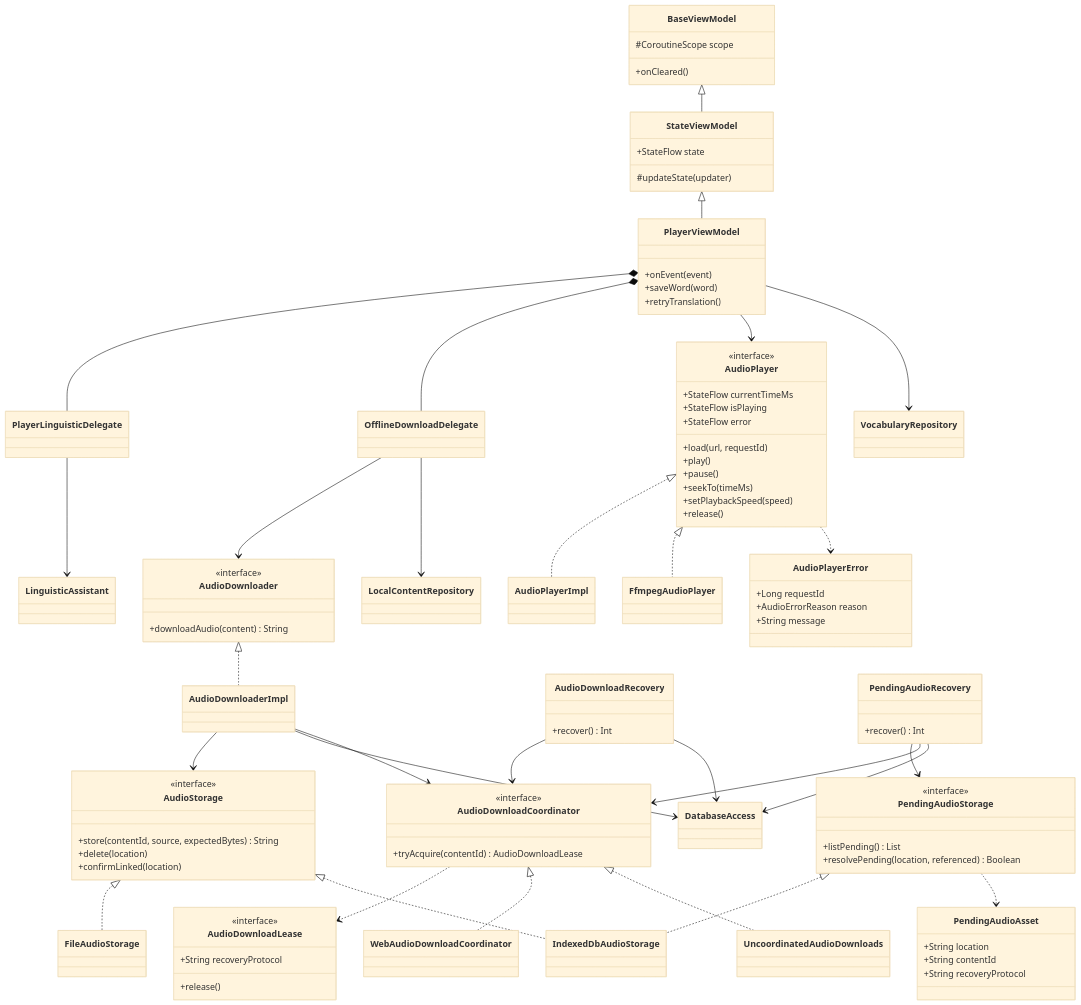
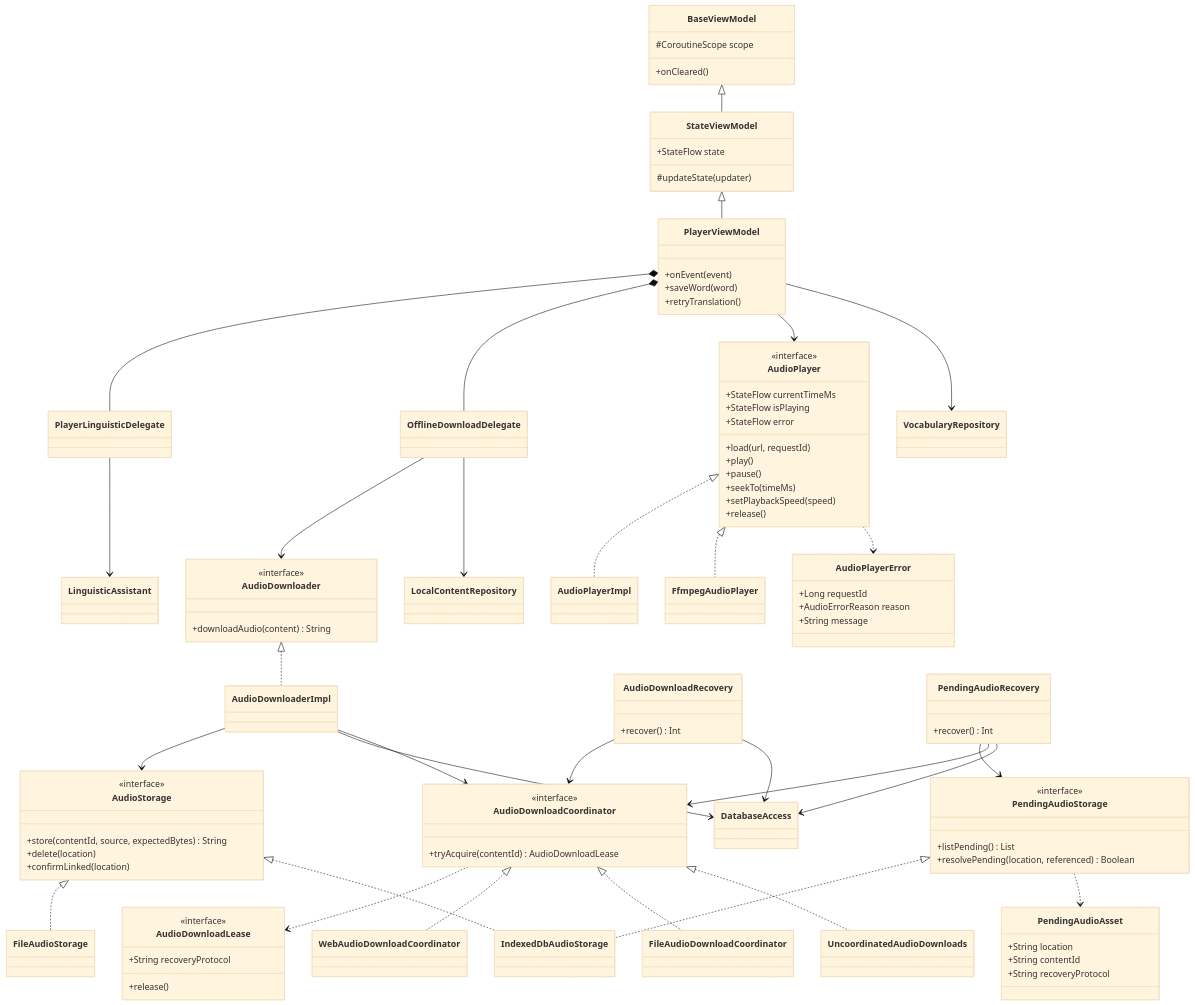
The third of 4 diagrams in docs/UML_CLASSES.md (ursusandwolf/langkraft), drawn with Mermaid (base theme) before and after one commit. The commit also changed other lines of this file and 16 other files, not shown here.

```diff
--- a/docs/UML_CLASSES.md
+++ b/docs/UML_CLASSES.md
@@ -162,6 +162,7 @@
         +release()
     }
     class WebAudioDownloadCoordinator
+    class FileAudioDownloadCoordinator
     class UncoordinatedAudioDownloads
     class AudioDownloadRecovery {
         +recover() Int
@@ -221,6 +222,7 @@
     AudioDownloaderImpl --> AudioDownloadCoordinator
     AudioDownloadCoordinator ..> AudioDownloadLease
     AudioDownloadCoordinator <|.. WebAudioDownloadCoordinator
+    AudioDownloadCoordinator <|.. FileAudioDownloadCoordinator
     AudioDownloadCoordinator <|.. UncoordinatedAudioDownloads
     AudioDownloadRecovery --> AudioDownloadCoordinator
     AudioDownloadRecovery --> DatabaseAccess
```
